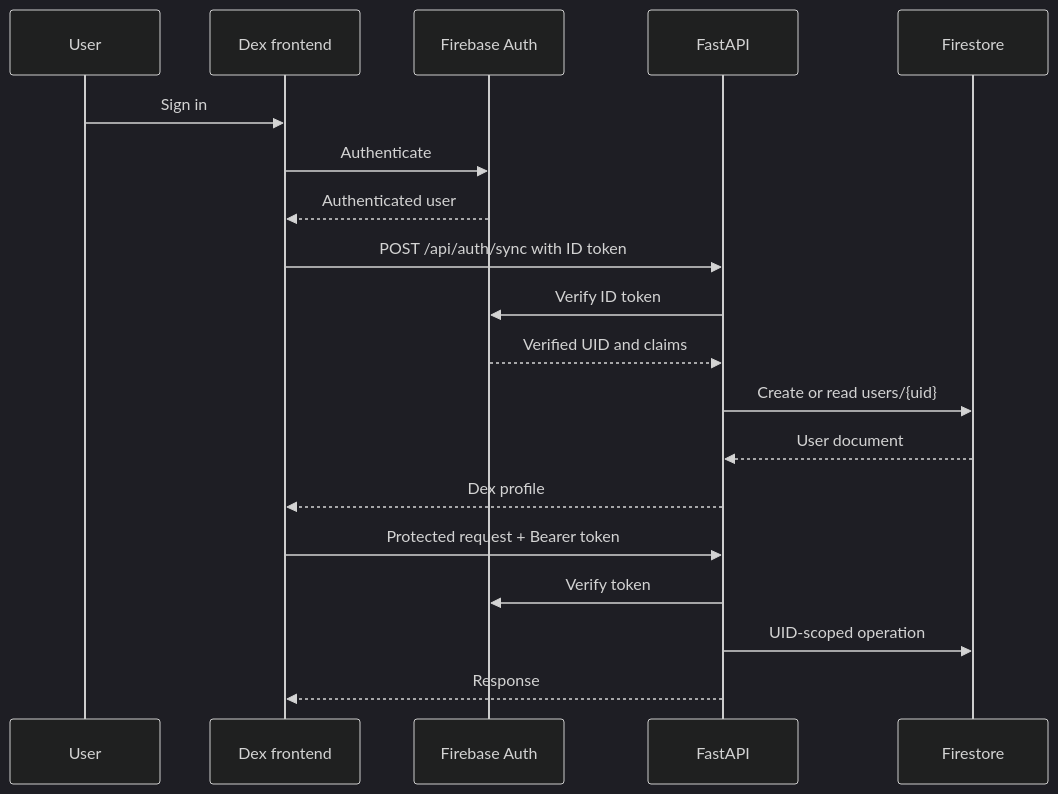
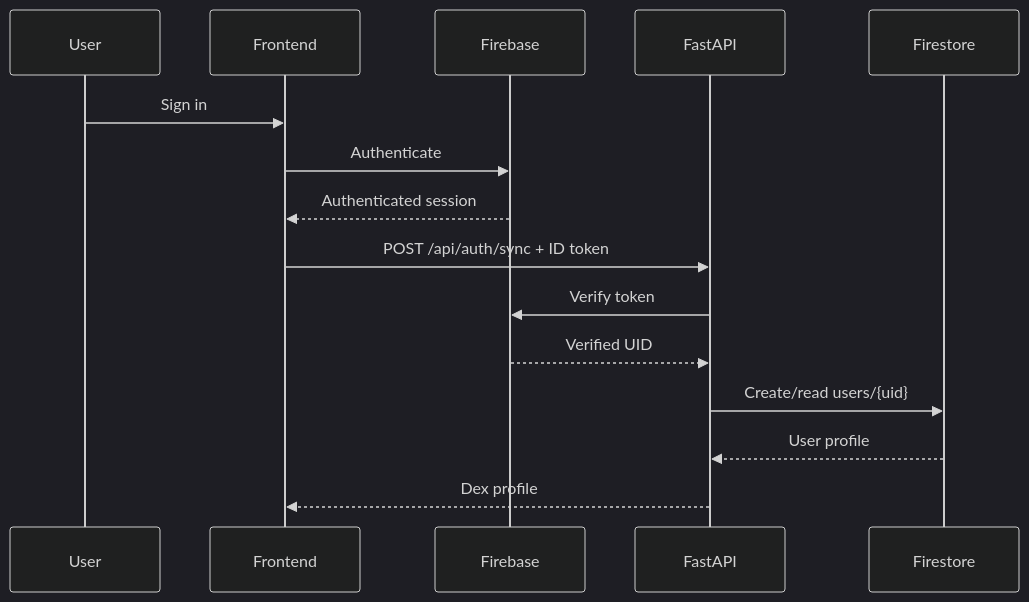
One commit to Shreyas-patil07/Dex changed the second of 3 diagrams in docs/03_Architecture.md. Above: the diagram before and after it, drawn with Mermaid (dark theme). The commit also changed other lines of this file and 20 other files, not shown here.

````diff
--- a/docs/03_Architecture.md
+++ b/docs/03_Architecture.md
@@ -64,21 +61,17 @@
 ```mermaid
 sequenceDiagram
-    participant User
-    participant UI as Dex frontend
-    participant Firebase as Firebase Auth
+    participant U as User
+    participant UI as Frontend
+    participant FA as Firebase
     participant API as FastAPI
     participant DB as Firestore
-    User->>UI: Sign in
-    UI->>Firebase: Authenticate
-    Firebase-->>UI: Authenticated user
-    UI->>API: POST /api/auth/sync with ID token
-    API->>Firebase: Verify ID token
-    Firebase-->>API: Verified UID and claims
-    API->>DB: Create or read users/{uid}
-    DB-->>API: User document
+    U->>UI: Sign in
+    UI->>FA: Authenticate
+    FA-->>UI: Authenticated session
+    UI->>API: POST /api/auth/sync + ID token
+    API->>FA: Verify token
+    FA-->>API: Verified UID
+    API->>DB: Create/read users/{uid}
+    DB-->>API: User profile
     API-->>UI: Dex profile
-    UI->>API: Protected request + Bearer token
-    API->>Firebase: Verify token
-    API->>DB: UID-scoped operation
-    API-->>UI: Response
 ```
````
